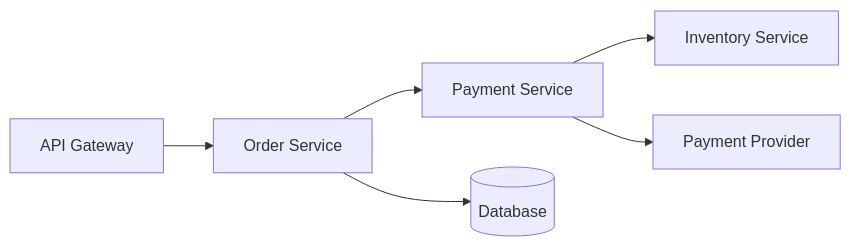
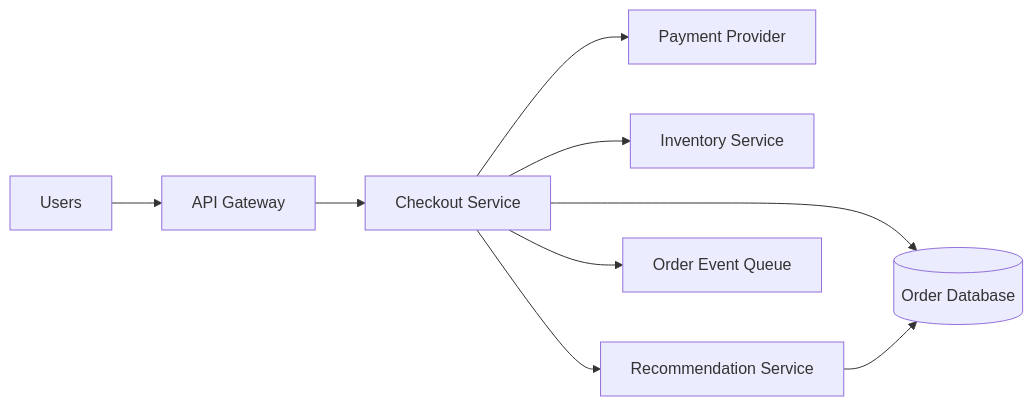
Before and after one commit to kube-dojo/kube-dojo: diagram 11 of 11 in src/content/docs/platform/foundations/reliability-engineering/module-2.2-failure-modes-and-effects.md, drawn with Mermaid. The commit also changed other lines of this file and 4 other files, not shown here.

````diff
--- a/src/content/docs/platform/foundations/reliability-engineering/module-2.2-failure-modes-and-effects.md
+++ b/src/content/docs/platform/foundations/reliability-engineering/module-2.2-failure-modes-and-effects.md
@@ -778,8 +519,11 @@
 ```mermaid
 flowchart LR
-    A["API Gateway"] --> B["Order Service"]
-    B --> C["Payment Service"]
-    C --> D["Inventory Service"]
-    B --> DB[("Database")]
-    C --> PP["Payment Provider"]
+    U["Users"] --> G["API Gateway"]
+    G --> C["Checkout Service"]
+    C --> P["Payment Provider"]
+    C --> I["Inventory Service"]
+    C --> DB[("Order Database")]
+    C --> R["Recommendation Service"]
+    R --> DB
+    C --> Q["Order Event Queue"]
 ```
````
